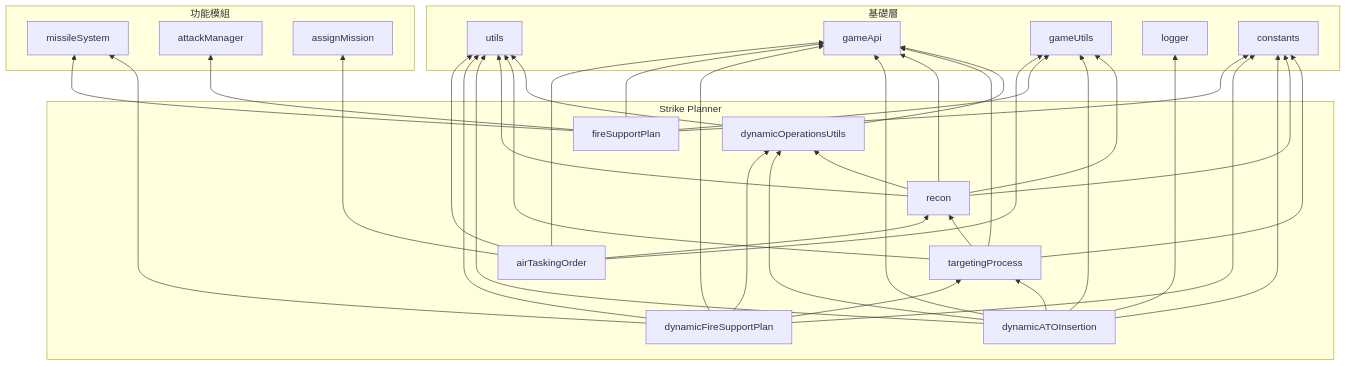
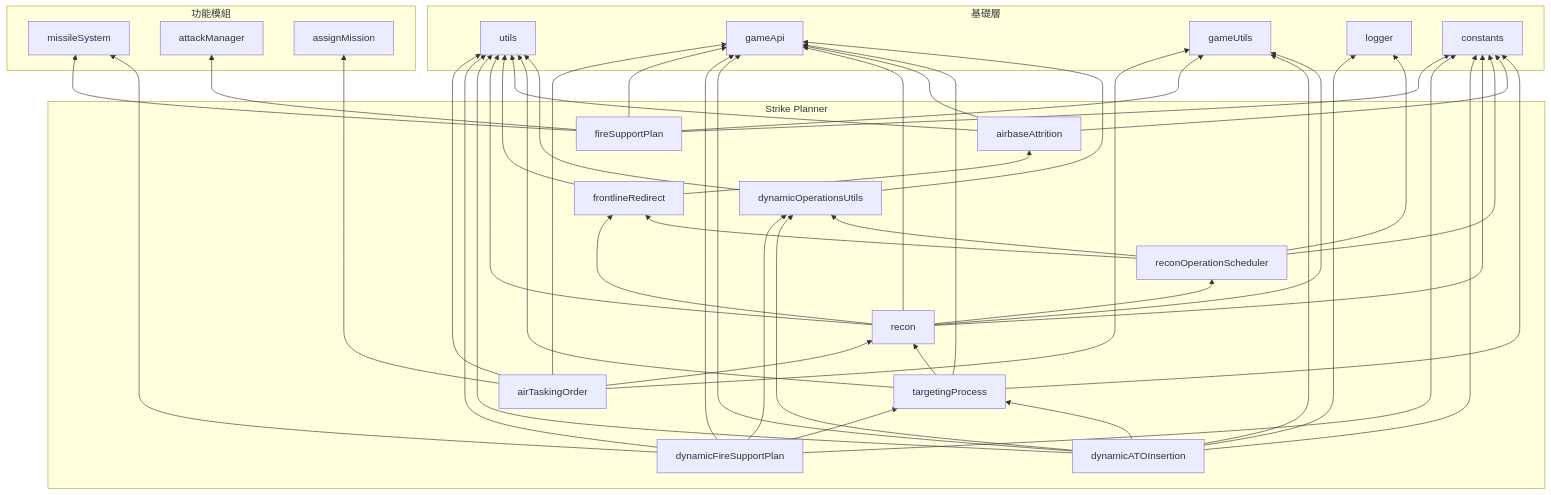
One commit to pullupjumper/formosa-in-flames changed the third of 3 diagrams in docs/strikePlanner/README.md. Above: the diagram before and after it, drawn with Mermaid. The commit also changed other lines of this file and 15 other files, not shown here.

````diff
--- a/docs/strikePlanner/README.md
+++ b/docs/strikePlanner/README.md
@@ -205,34 +216,40 @@
 ```mermaid
 flowchart BT
     subgraph 基礎層
         UTILS["utils"]
         GAMEAPI["gameApi"]
         GAMEUTILS["gameUtils"]
         LOGGER["logger"]
         CONSTANTS["constants"]
     end
 
     subgraph 功能模組
         MISSILE["missileSystem"]
         ATTACK["attackManager"]
         ASSIGN["assignMission"]
     end
 
     subgraph Strike Planner
         TP["targetingProcess"]
         RECON["recon"]
         DOU["dynamicOperationsUtils"]
+        RSCHED["reconOperationScheduler"]
+        FREDIR["frontlineRedirect"]
+        ATTR["airbaseAttrition"]
         ATO["airTaskingOrder"]
         FSP["fireSupportPlan"]
         DFSP["dynamicFireSupportPlan"]
         DATO["dynamicATOInsertion"]
     end
 
     ATO --> UTILS & GAMEAPI & GAMEUTILS & ASSIGN & RECON
     FSP --> GAMEAPI & GAMEUTILS & ATTACK & MISSILE & CONSTANTS
     DFSP --> TP & DOU & GAMEAPI & UTILS & MISSILE & CONSTANTS
     DATO --> TP & DOU & GAMEAPI & GAMEUTILS & UTILS & LOGGER & CONSTANTS
-    RECON --> DOU & GAMEAPI & GAMEUTILS & UTILS & CONSTANTS
+    RECON --> RSCHED & FREDIR & GAMEAPI & GAMEUTILS & UTILS & CONSTANTS
+    RSCHED --> DOU & FREDIR & LOGGER & CONSTANTS
+    FREDIR --> ATTR & UTILS
+    ATTR --> GAMEAPI & UTILS & CONSTANTS
     TP --> GAMEAPI & UTILS & RECON & CONSTANTS
     DOU --> UTILS & GAMEAPI
 ```
````
